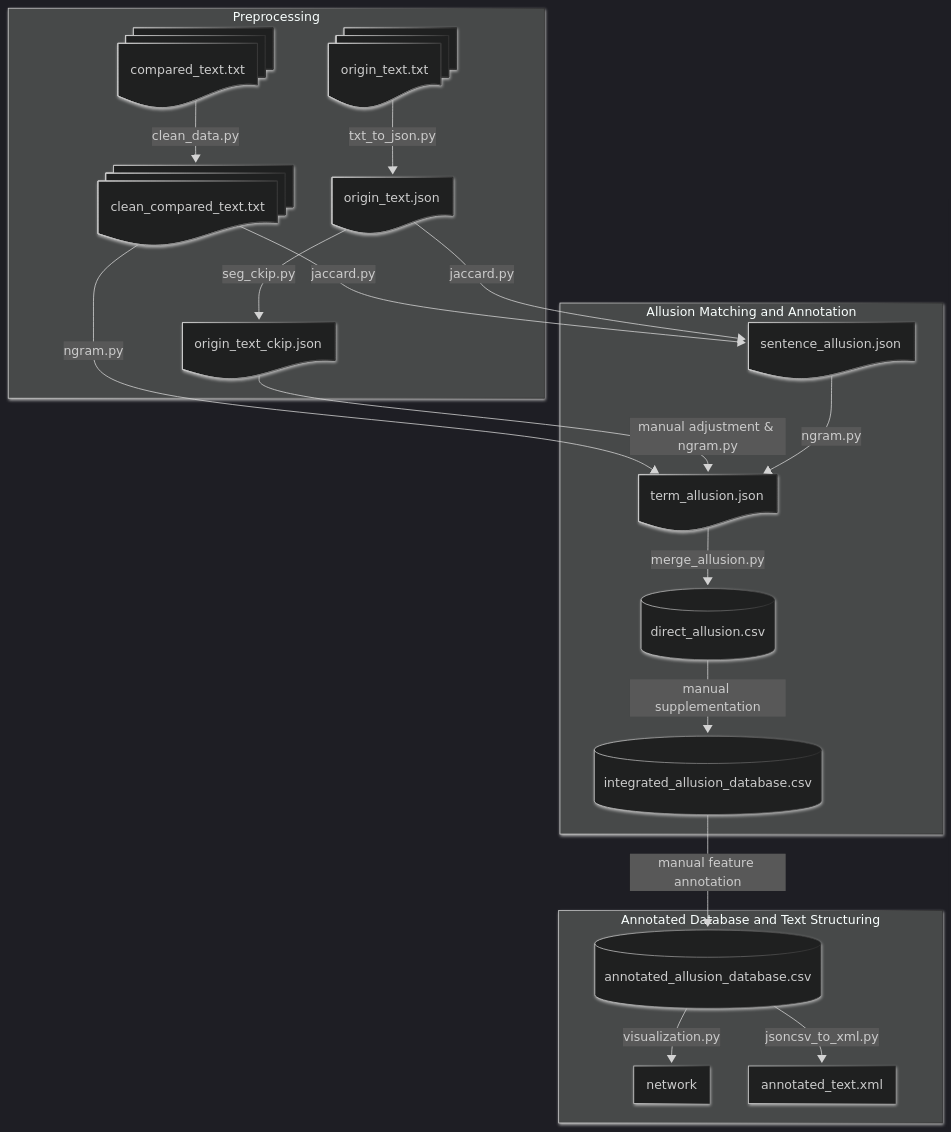
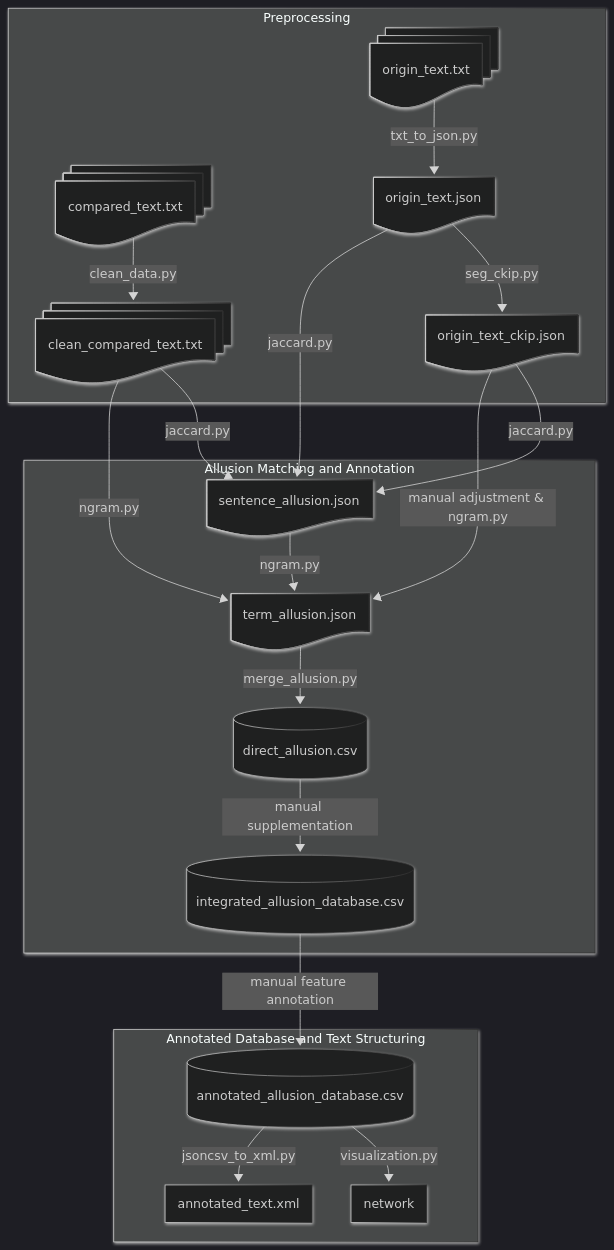
The diagram in README.md (Taoyi-Chiang/lufu_allusion), drawn with Mermaid before and after one commit.

````diff
--- a/README.md
+++ b/README.md
@@ -2,51 +2,52 @@
 ```mermaid
 ---
 config:
   theme: dark
   look: neo
 ---
 flowchart TD
   subgraph Preprocessing["Preprocessing"]
     A1["origin_text.txt"]
     A2["compared_text.txt"]
     A3["clean_compared_text.txt"]
     B1["origin_text.json"]
     B2["origin_text_ckip.json"]
   end
 
   subgraph subGraph1["Allusion Matching and Annotation"]
     C1["sentence_allusion.json"]
     C2["term_allusion.json"]
     D1[("direct_allusion.csv")]
     E1[("integrated_allusion_database.csv")]
   end
 
   subgraph subGraph2["Annotated Database and Text Structuring"]
     E2[("annotated_allusion_database.csv")]
     F1["network"]
     F2["annotated_text.xml"]
   end
 
   A1 -- "txt_to_json.py" --> B1
   A2 -- "clean_data.py" --> A3
+  B2 -- "jaccard.py" --> C1
   A3 -- "jaccard.py" --> C1
   A3 -- "ngram.py" --> C2
   B1 -- "seg_ckip.py" --> B2
   B1 -- "jaccard.py" --> C1
   B2 -- "manual adjustment & ngram.py" --> C2
   C1 -- "ngram.py" --> C2
   C2 -- "merge_allusion.py" --> D1
   D1 -- manual supplementation --> E1
   E1 -- manual feature annotation --> E2
   E2 -- "visualization.py" --> F1
   E2 -- "jsoncsv_to_xml.py" --> F2
 
   B1@{ shape: doc }
   A1@{ shape: docs }
   B2@{ shape: doc }
   A3@{ shape: docs }
   A2@{ shape: docs }
   C2@{ shape: doc }
   C1@{ shape: doc }
 
 ```
````
